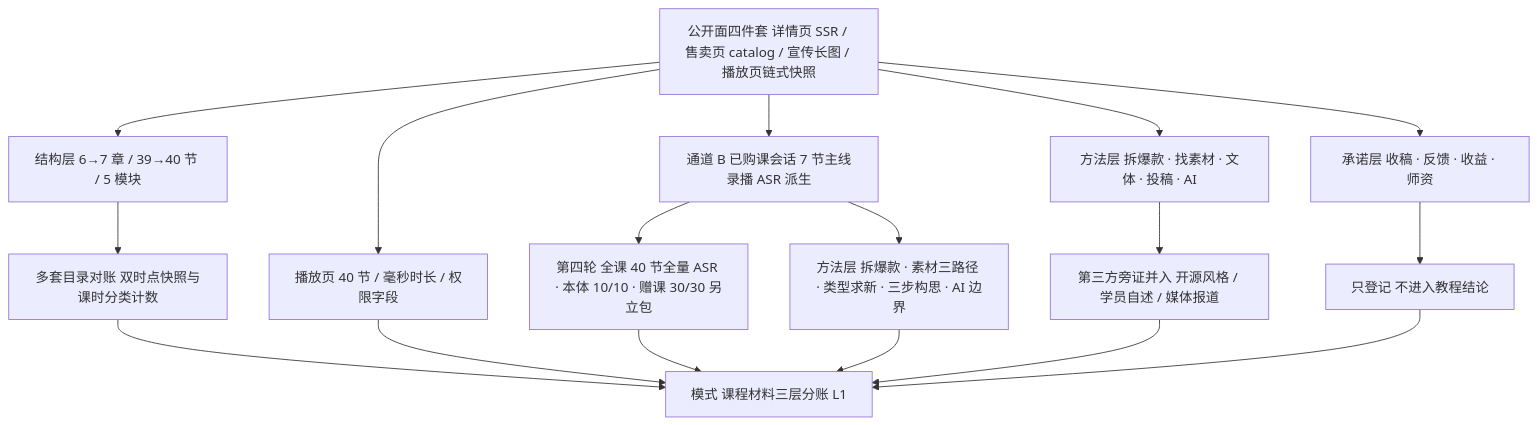
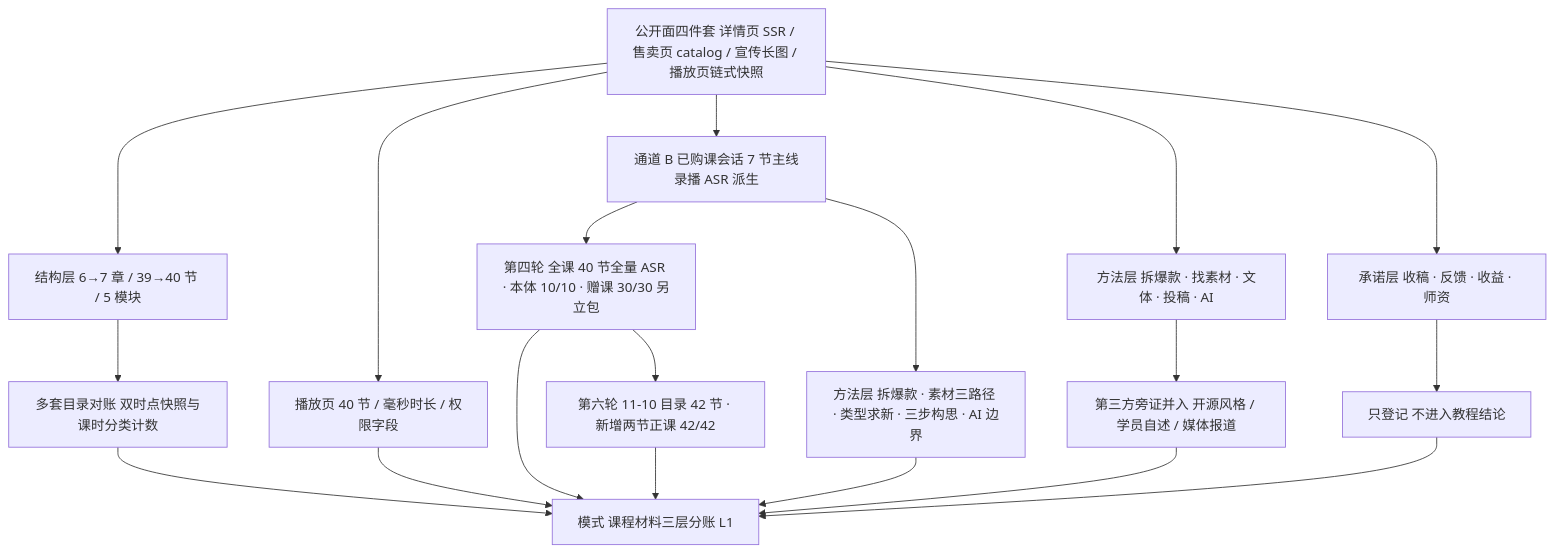
The diagram in doc/bundles/sheke/industry/short-story-writing-system/index.md (awesome-flexloop/awesome-okf), drawn with Mermaid before and after one commit. The commit also changed other lines of this file and 15 other files, not shown here.

````diff
--- a/doc/bundles/sheke/industry/short-story-writing-system/index.md
+++ b/doc/bundles/sheke/industry/short-story-writing-system/index.md
@@ -65,19 +65,21 @@
 ```mermaid
 flowchart TD
     A["公开面四件套 详情页 SSR / 售卖页 catalog / 宣传长图 / 播放页链式快照"] --> B["结构层 6→7 章 / 39→40 节 / 5 模块"]
     A --> I["播放页 40 节 / 毫秒时长 / 权限字段"]
     A --> C["方法层 拆爆款 · 找素材 · 文体 · 投稿 · AI"]
     A --> D["承诺层 收稿 · 反馈 · 收益 · 师资"]
     B --> E["多套目录对账 双时点快照与课时分类计数"]
     C --> F["第三方旁证并入 开源风格 / 学员自述 / 媒体报道"]
     D --> G["只登记 不进入教程结论"]
     E --> H["模式 课程材料三层分账 L1"]
     I --> H
     A --> J["通道 B 已购课会话 7 节主线录播 ASR 派生"]
     J --> K["方法层 拆爆款 · 素材三路径 · 类型求新 · 三步构思 · AI 边界"]
     J --> L["第四轮 全课 40 节全量 ASR · 本体 10/10 · 赠课 30/30 另立包"]
     L --> H
+    L --> M["第六轮 11-10 目录 42 节 · 新增两节正课 42/42"]
+    M --> H
     K --> H
     F --> H
     G --> H
 ```
````
